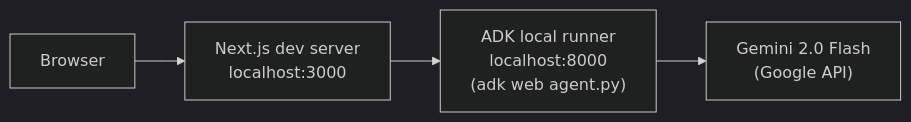
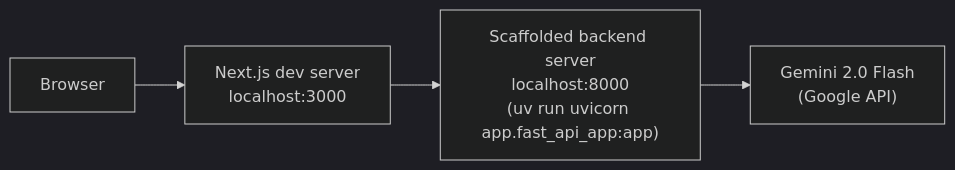
The third of 4 diagrams in ARCHITECTURE.md (joshuawenghao/Study-guide-generation), drawn with Mermaid (dark theme) before and after one commit. The commit also changed other lines of this file and 136 other files, not shown here.

Commit message:
Update backend to follow adk scaffold project structure

````diff
--- a/ARCHITECTURE.md
+++ b/ARCHITECTURE.md
@@ -556,6 +553,6 @@
 ```mermaid
 flowchart LR
     Browser --> NextJS["Next.js dev server\nlocalhost:3000"]
-    NextJS --> ADK["ADK local runner\nlocalhost:8000\n(adk web agent.py)"]
+    NextJS --> ADK["Scaffolded backend server\nlocalhost:8000\n(uv run uvicorn app.fast_api_app:app)"]
     ADK --> Gemini["Gemini 2.0 Flash\n(Google API)"]
 ```
````
